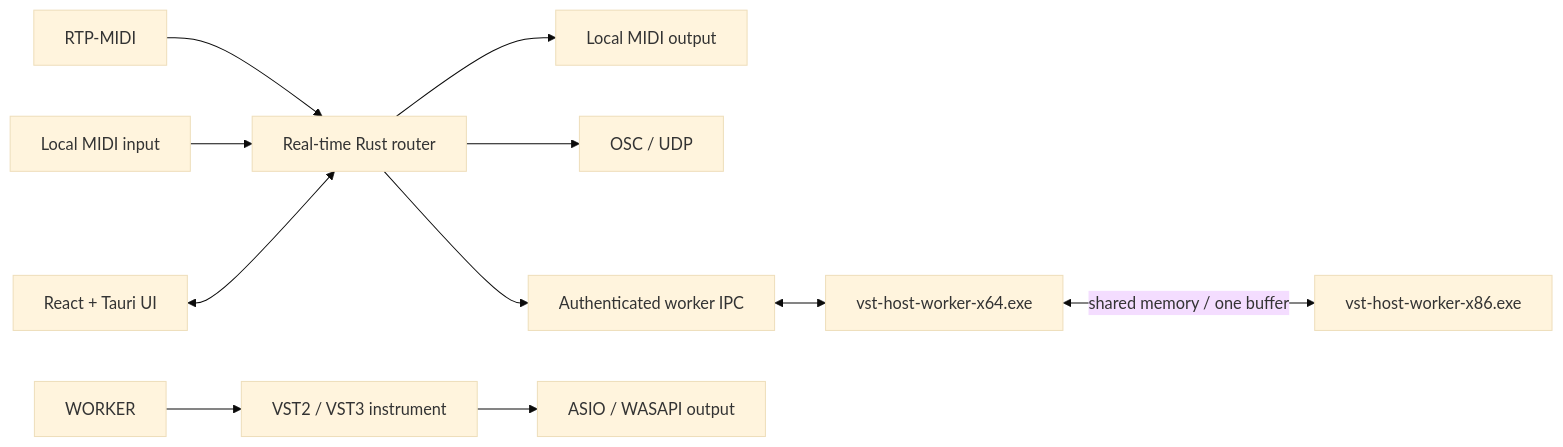
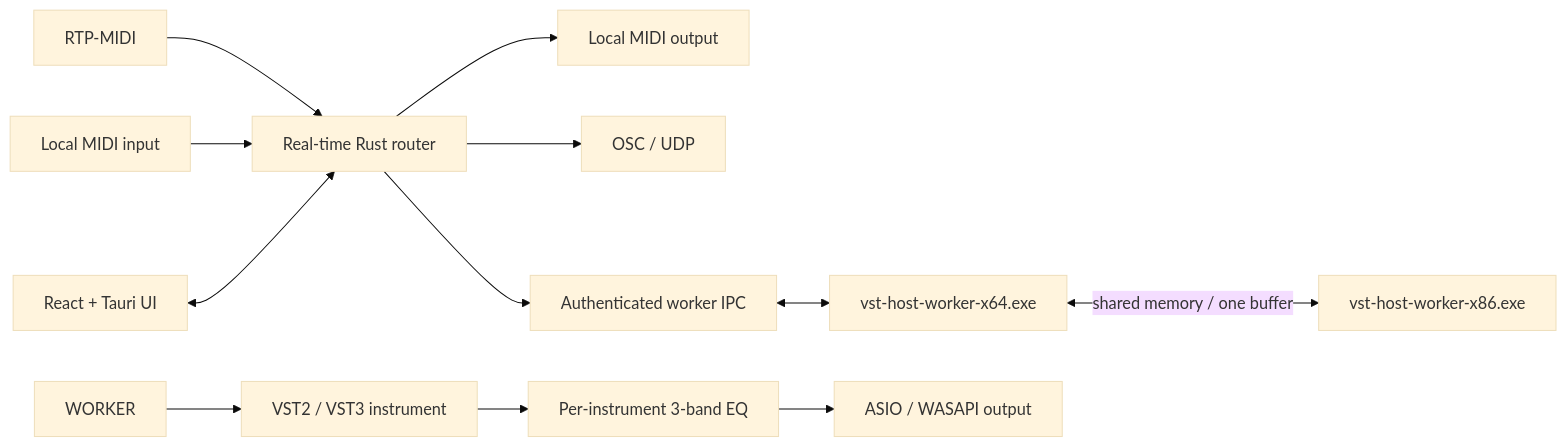
The diagram in README.md (GoulagmanYt/RTP-OSC-Midi-tool), drawn with Mermaid (base theme) before and after one commit. The commit also changed other lines of this file and 46 other files, not shown here.

Commit message:
feat(audio): add per-instrument equalizer controls

````diff
--- a/README.md
+++ b/README.md
@@ -79,15 +81,16 @@
 ```mermaid
 flowchart LR
     RTP[RTP-MIDI] --> ROUTER[Real-time Rust router]
     MIDI[Local MIDI input] --> ROUTER
     UI[React + Tauri UI] <--> ROUTER
 
     ROUTER --> THRU[Local MIDI output]
     ROUTER --> OSC[OSC / UDP]
     ROUTER --> IPC[Authenticated worker IPC]
 
     IPC <--> WORKER64[vst-host-worker-x64.exe]
     WORKER64 <-- shared memory / one buffer --> WORKER32[vst-host-worker-x86.exe]
     WORKER --> VST[VST2 / VST3 instrument]
-    VST --> AUDIO[ASIO / WASAPI output]
+    VST --> EQ[Per-instrument 3-band EQ]
+    EQ --> AUDIO[ASIO / WASAPI output]
 ```
````
